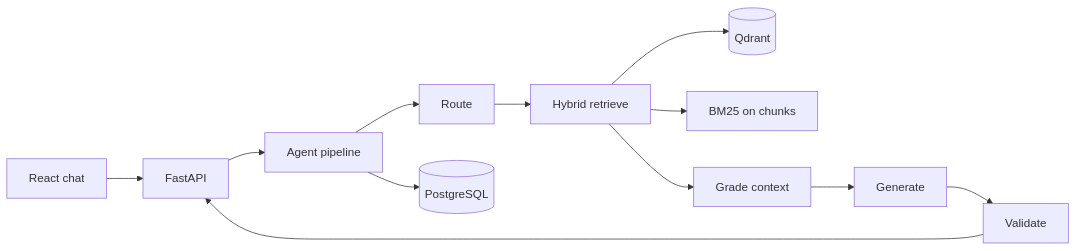
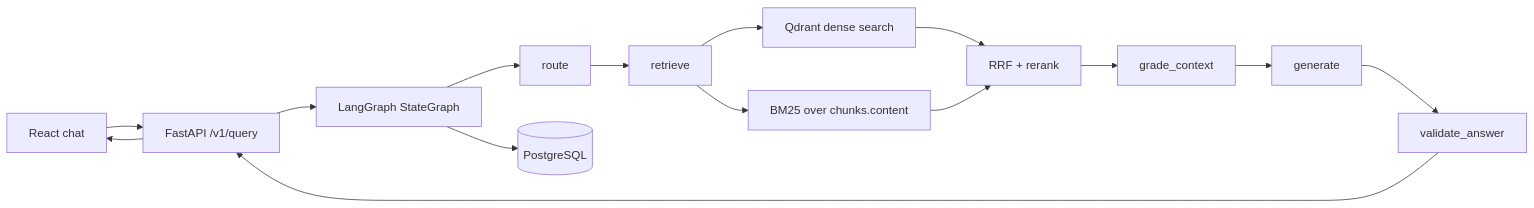
One commit to Luiggi370z/contextforge changed the diagram in ARCHITECTURE.md. Above: the diagram before and after it, drawn with Mermaid. The commit also changed other lines of this file and 3 other files, not shown here.

````diff
--- a/ARCHITECTURE.md
+++ b/ARCHITECTURE.md
@@ -29,14 +22,17 @@
 ```mermaid
 flowchart LR
-  UI[React chat] --> API[FastAPI]
-  API --> Pipeline[Agent pipeline]
-  Pipeline --> Route[Route]
-  Route --> Retrieve[Hybrid retrieve]
-  Retrieve --> Qdrant[(Qdrant)]
-  Retrieve --> BM25[BM25 on chunks]
-  Retrieve --> Grade[Grade context]
-  Grade --> Generate[Generate]
-  Generate --> Validate[Validate]
+  UI[React chat] --> API[FastAPI /v1/query]
+  API --> Graph[LangGraph StateGraph]
+  Graph --> Route[route]
+  Route --> Retrieve[retrieve]
+  Retrieve --> Dense[Qdrant dense search]
+  Retrieve --> Sparse[BM25 over chunks.content]
+  Dense --> Fuse[RRF + rerank]
+  Sparse --> Fuse
+  Fuse --> Grade[grade_context]
+  Grade --> Generate[generate]
+  Generate --> Validate[validate_answer]
   Validate --> API
-  Pipeline --> PG[(PostgreSQL)]
+  API --> UI
+  Graph --> PG[(PostgreSQL)]
 ```
````
